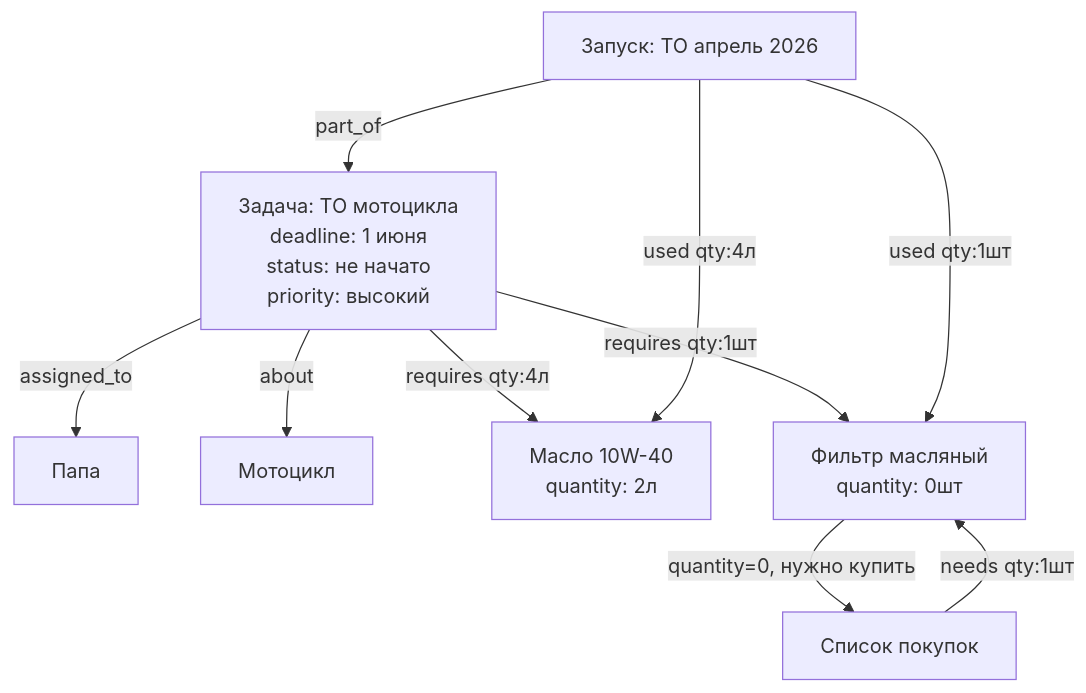
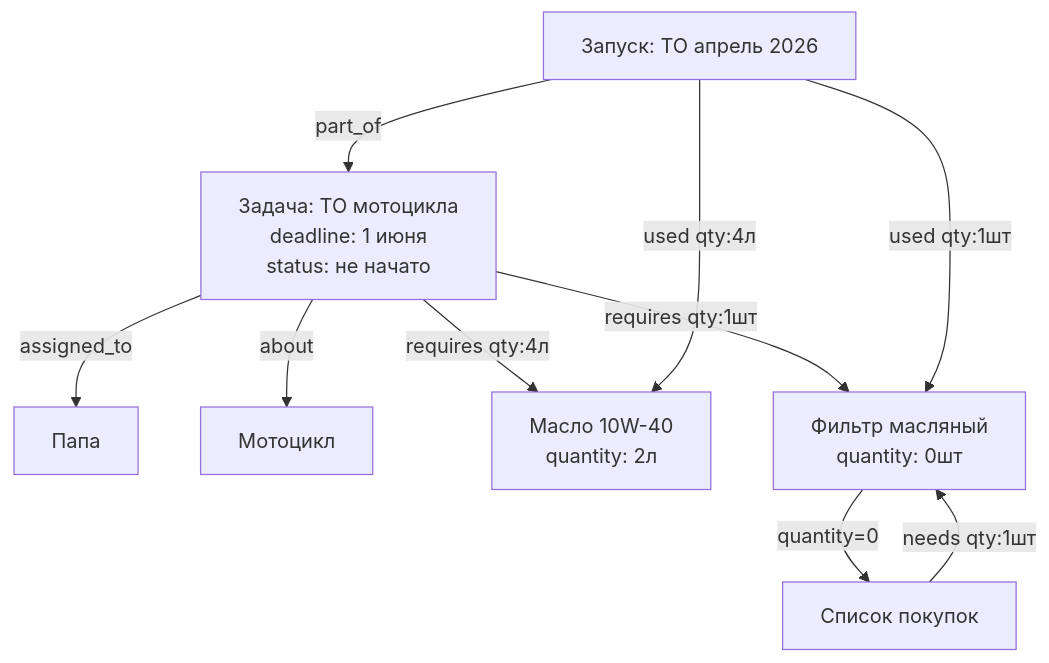
Before and after one commit to kscht/domovoy: the fourth of 7 diagrams in docs/database.md, drawn with Mermaid. The commit also changed other lines of this file, not shown here.

````diff
--- a/docs/database.md
+++ b/docs/database.md
@@ -76,22 +131,22 @@
 ```mermaid
 graph TD
     Dad[Папа]
     Motorcycle[Мотоцикл]
     Oil[Масло 10W-40\nquantity: 2л]
     OilFilter[Фильтр масляный\nquantity: 0шт]
-    Task[Задача: ТО мотоцикла\ndeadline: 1 июня\nstatus: не начато\npriority: высокий]
+    Task[Задача: ТО мотоцикла\ndeadline: 1 июня\nstatus: не начато]
     ShoppingList[Список покупок]
     Run[Запуск: ТО апрель 2026]
 
     Task -->|assigned_to| Dad
     Task -->|about| Motorcycle
     Task -->|requires qty:4л| Oil
     Task -->|requires qty:1шт| OilFilter
 
-    OilFilter -->|quantity=0, нужно купить| ShoppingList
+    OilFilter -->|quantity=0| ShoppingList
     ShoppingList -->|needs qty:1шт| OilFilter
 
     Run -->|part_of| Task
     Run -->|used qty:4л| Oil
     Run -->|used qty:1шт| OilFilter
 ```
````
